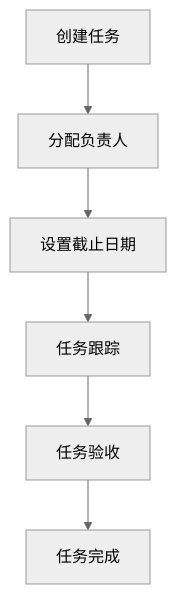
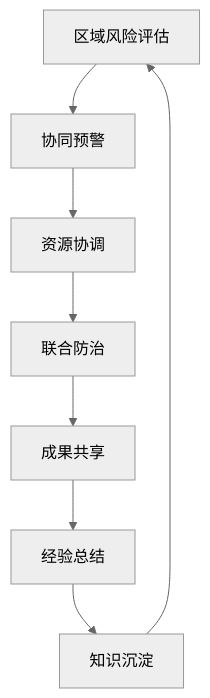
Before and after one commit to ericapaeus/awesome-requirements: the fifth of 6 diagrams in docs/overview/business-process.md, drawn with Mermaid (neutral theme). The commit also changed other lines of this file and 29 other files, not shown here.

````diff
--- a/docs/overview/business-process.md
+++ b/docs/overview/business-process.md
@@ -101,8 +106,10 @@
 ```mermaid
-graph TD
-    A[创建任务] --> B[分配负责人]
-    B --> C[设置截止日期]
-    C --> D[任务跟踪]
-    D --> E[任务验收]
-    E --> F[任务完成]
+flowchart TD
+    A[区域风险评估] --> B[协同预警]
+    B --> C[资源协调]
+    C --> D[联合防治]
+    D --> E[成果共享]
+    E --> F[经验总结]
+    F --> G[知识沉淀]
+    G --> A
 ```
````
